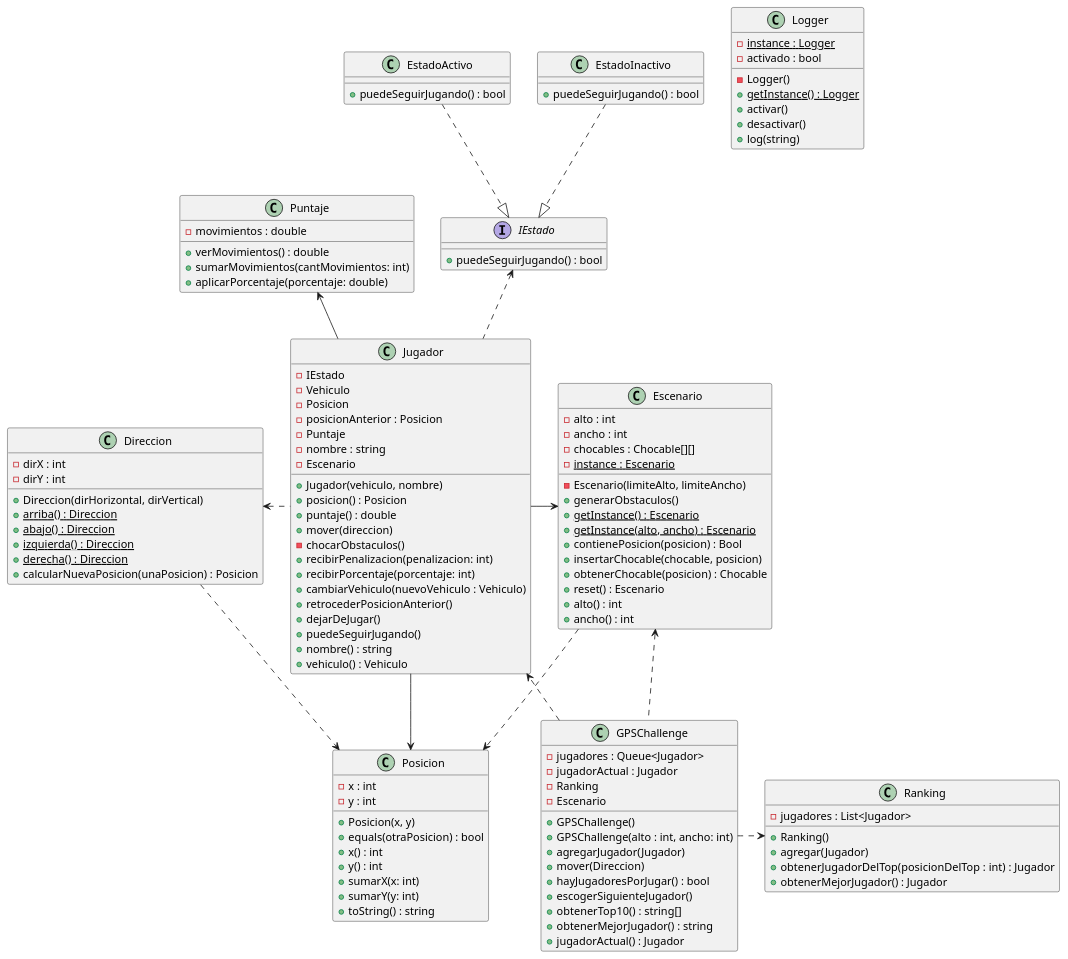
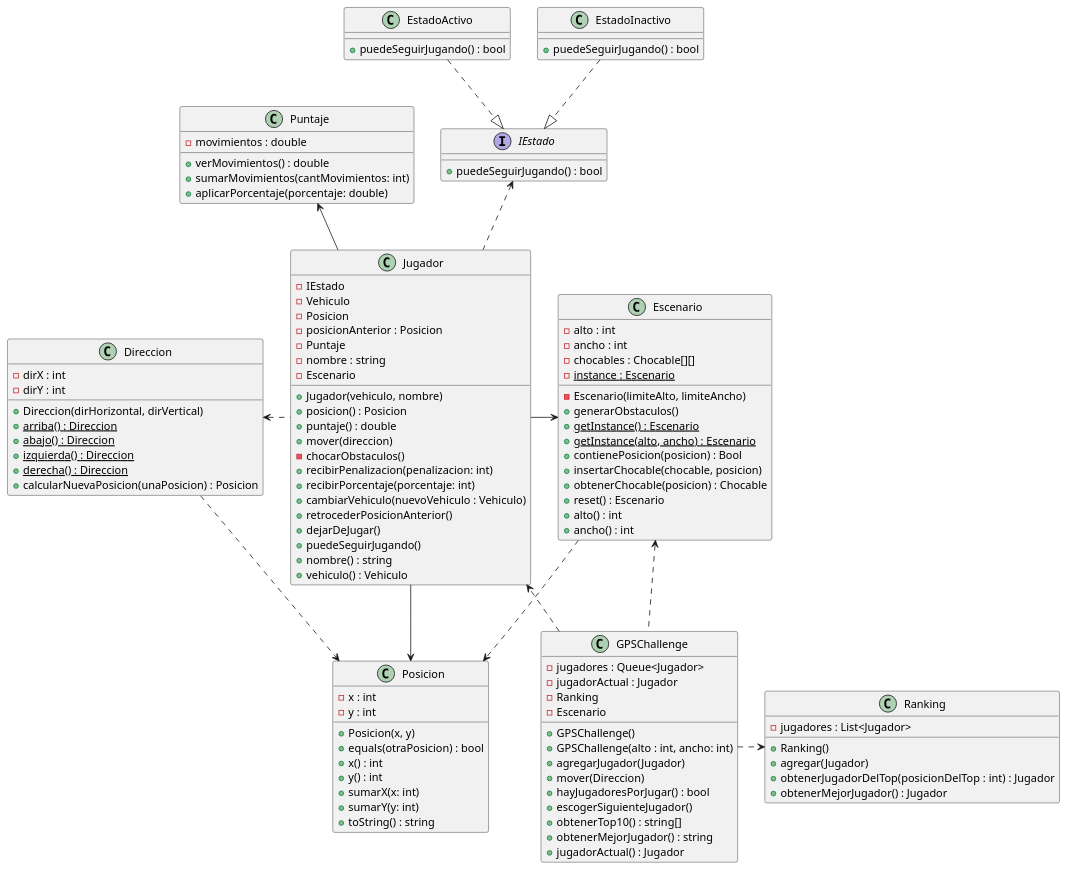
Before and after one commit to NestorPala/T17-GPSChallenge: the diagram in diagrams/classes/diagrama_general.puml, drawn with PlantUML. The commit also changed 2 other files, not shown here.

Commit message:
diagram: creadas imagenes y pequeño cambio.

```diff
--- a/diagrams/classes/diagrama_general.puml
+++ b/diagrams/classes/diagrama_general.puml
@@ -1,136 +1,126 @@
 @startuml
 
 class Jugador {
     - IEstado
     - Vehiculo
     - Posicion
     - posicionAnterior : Posicion
     - Puntaje
     - nombre : string
     - Escenario
     + Jugador(vehiculo, nombre)
     + posicion() : Posicion
     + puntaje() : double
     + mover(direccion)
     - chocarObstaculos()
     + recibirPenalizacion(penalizacion: int)
     + recibirPorcentaje(porcentaje: int)
     + cambiarVehiculo(nuevoVehiculo : Vehiculo)
     + retrocederPosicionAnterior()
     + dejarDeJugar()
     + puedeSeguirJugando()
     + nombre() : string
     + vehiculo() : Vehiculo
 }
 
 class Puntaje {
     - movimientos : double
     + verMovimientos() : double
     + sumarMovimientos(cantMovimientos: int)
     + aplicarPorcentaje(porcentaje: double)
 }
 
 class Direccion {
     - dirX : int
     - dirY : int
     + Direccion(dirHorizontal, dirVertical)
     + arriba() : Direccion {static}
     + abajo() : Direccion {static}
     + izquierda() : Direccion {static}
     + derecha() : Direccion {static}
     + calcularNuevaPosicion(unaPosicion) : Posicion
 }
 
 class Escenario {
     - alto : int
     - ancho : int
     - chocables : Chocable[][]
     - {static} instance : Escenario
     - Escenario(limiteAlto, limiteAncho)
     + generarObstaculos()
     + {static} getInstance() : Escenario
     + {static} getInstance(alto, ancho) : Escenario
     + contienePosicion(posicion) : Bool
     + insertarChocable(chocable, posicion)
     + obtenerChocable(posicion) : Chocable
     + reset() : Escenario
     + alto() : int
     + ancho() : int
 }
 
 class Posicion {
     - x : int
     - y : int
     + Posicion(x, y)
     + equals(otraPosicion) : bool
     + x() : int
     + y() : int
     + sumarX(x: int)
     + sumarY(y: int)
     + toString() : string
 }
 
 class GPSChallenge {
     - jugadores : Queue<Jugador>
     - jugadorActual : Jugador
     - Ranking
     - Escenario
     + GPSChallenge()
     + GPSChallenge(alto : int, ancho: int)
     + agregarJugador(Jugador)
     + mover(Direccion)
     + hayJugadoresPorJugar() : bool
     + escogerSiguienteJugador()
     + obtenerTop10() : string[]
     + obtenerMejorJugador() : string
     + jugadorActual() : Jugador
 }
 
 class Ranking {
     - jugadores : List<Jugador>
     + Ranking()
     + agregar(Jugador)
     + obtenerJugadorDelTop(posicionDelTop : int) : Jugador
     + obtenerMejorJugador() : Jugador
 }
 
-class Logger {
-    - {static} instance : Logger
-    - activado : bool
-    - Logger()
-    + {static} getInstance() : Logger
-    + activar()
-    + desactivar()
-    + log(string)
-}
-
 interface IEstado {
     + puedeSeguirJugando() : bool
 }
 
 class EstadoActivo {
     + puedeSeguirJugando() : bool
 }
 
 class EstadoInactivo {
     + puedeSeguirJugando() : bool
 }
 
 Jugador -> Escenario
 Puntaje <-- Jugador
 Posicion <-- Jugador
 Direccion <. Jugador
 
 Direccion .> Posicion
 Escenario ..> Posicion
 
 EstadoActivo ..|> IEstado
 EstadoInactivo ..|> IEstado
 
 IEstado <.. Jugador
 
 GPSChallenge .> Ranking
 GPSChallenge ..> Jugador
 Escenario <. GPSChallenge
 
 @enduml
```
